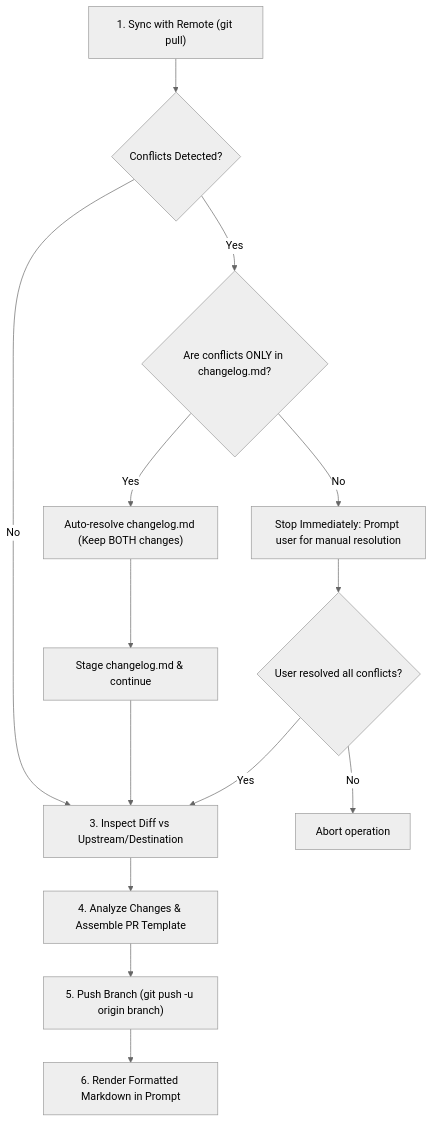
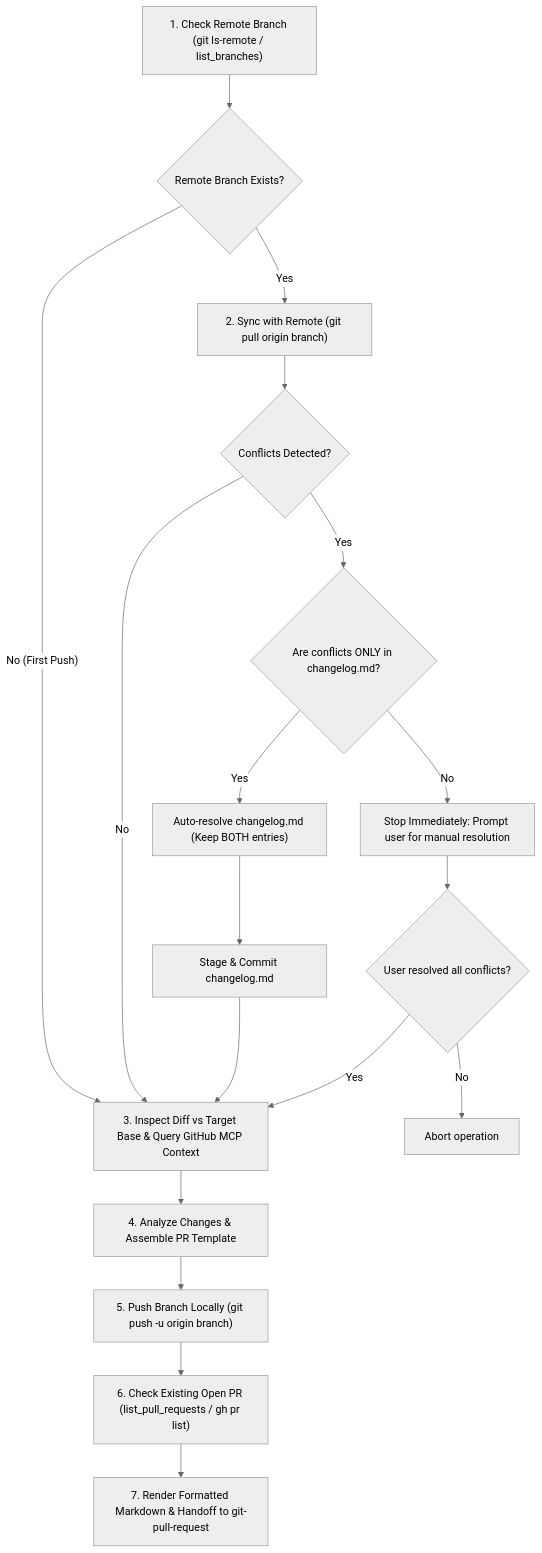
The diagram in AI/GEMINI/skills/git/push-request.md (pedrovtof/Nievo-AI), drawn with Mermaid (neutral theme) before and after one commit. The commit also changed other lines of this file and 27 other files, not shown here.

````diff
--- a/AI/GEMINI/skills/git/push-request.md
+++ b/AI/GEMINI/skills/git/push-request.md
@@ -24,16 +50,20 @@
 ```mermaid
 flowchart TD
-    A["1. Sync with Remote (git pull)"] --> B{"Conflicts Detected?"}
-    B -- "No" --> Diff["3. Inspect Diff vs Upstream/Destination"]
+    A["1. Check Remote Branch (git ls-remote / list_branches)"] --> Exists{"Remote Branch Exists?"}
+    Exists -- "No (First Push)" --> Diff["3. Inspect Diff vs Target Base & Query GitHub MCP Context"]
+    Exists -- "Yes" --> Pull["2. Sync with Remote (git pull origin branch)"]
+    Pull --> B{"Conflicts Detected?"}
+    B -- "No" --> Diff
     B -- "Yes" --> C{"Are conflicts ONLY in changelog.md?"}
-    C -- "Yes" --> ResolveChangelog["Auto-resolve changelog.md (Keep BOTH changes)"]
-    ResolveChangelog --> StageChangelog["Stage changelog.md & continue"]
+    C -- "Yes" --> ResolveChangelog["Auto-resolve changelog.md (Keep BOTH entries)"]
+    ResolveChangelog --> StageChangelog["Stage & Commit changelog.md"]
     StageChangelog --> Diff
     C -- "No" --> ManualConflict["Stop Immediately: Prompt user for manual resolution"]
     ManualConflict --> UserFix{"User resolved all conflicts?"}
     UserFix -- "Yes" --> Diff
     UserFix -- "No" --> Abort["Abort operation"]
     Diff --> MapPR["4. Analyze Changes & Assemble PR Template"]
-    MapPR --> PushBranch["5. Push Branch (git push -u origin branch)"]
-    PushBranch --> OutputPrompt["6. Render Formatted Markdown in Prompt"]
+    MapPR --> PushBranch["5. Push Branch Locally (git push -u origin branch)"]
+    PushBranch --> CheckPR["6. Check Existing Open PR (list_pull_requests / gh pr list)"]
+    CheckPR --> OutputPrompt["7. Render Formatted Markdown & Handoff to git-pull-request"]
 ```
````
